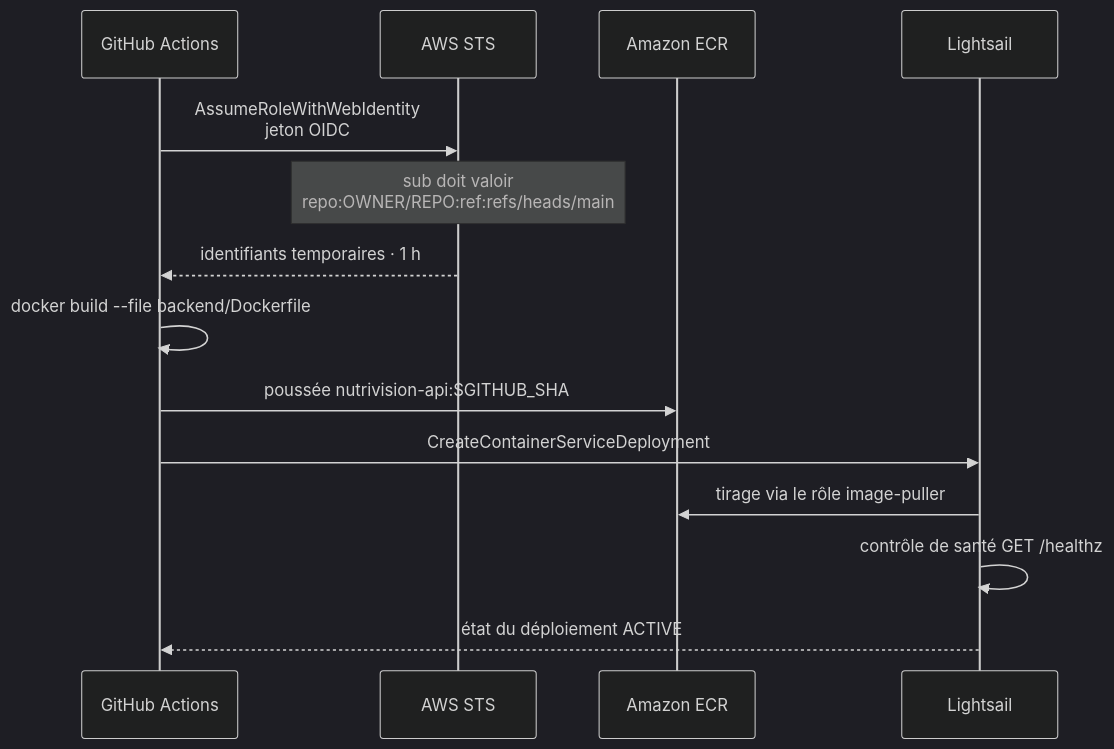
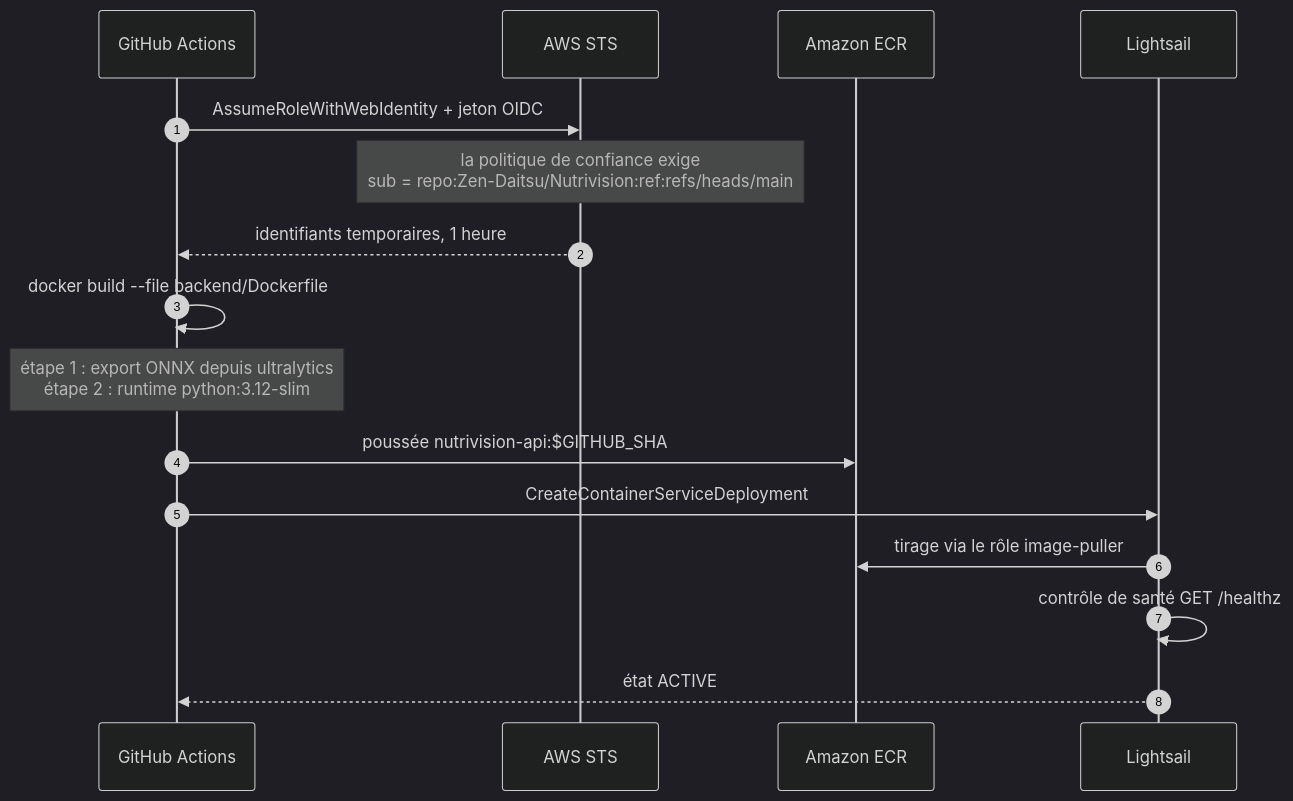
One commit to Zen-Daitsu/Nutrivision changed the third of 9 diagrams in Readme.fr.md. Above: the diagram before and after it, drawn with Mermaid (dark theme). The commit also changed other lines of this file, not shown here.

````diff
--- a/Readme.fr.md
+++ b/Readme.fr.md
@@ -128,17 +183,19 @@
 ```mermaid
 sequenceDiagram
+    autonumber
     participant GH as GitHub Actions
     participant STS as AWS STS
     participant ECR as Amazon ECR
     participant LS as Lightsail
 
-    GH->>STS: AssumeRoleWithWebIdentity<br/>jeton OIDC
-    Note over STS: sub doit valoir<br/>repo:OWNER/REPO:ref:refs/heads/main
-    STS-->>GH: identifiants temporaires · 1 h
+    GH->>STS: AssumeRoleWithWebIdentity + jeton OIDC
+    Note over STS: la politique de confiance exige<br/>sub = repo:Zen-Daitsu/Nutrivision:ref:refs/heads/main
+    STS-->>GH: identifiants temporaires, 1 heure
     GH->>GH: docker build --file backend/Dockerfile
+    Note over GH: étape 1 : export ONNX depuis ultralytics<br/>étape 2 : runtime python:3.12-slim
     GH->>ECR: poussée nutrivision-api:$GITHUB_SHA
     GH->>LS: CreateContainerServiceDeployment
     LS->>ECR: tirage via le rôle image-puller
     LS->>LS: contrôle de santé GET /healthz
-    LS-->>GH: état du déploiement ACTIVE
+    LS-->>GH: état ACTIVE
 ```
````
